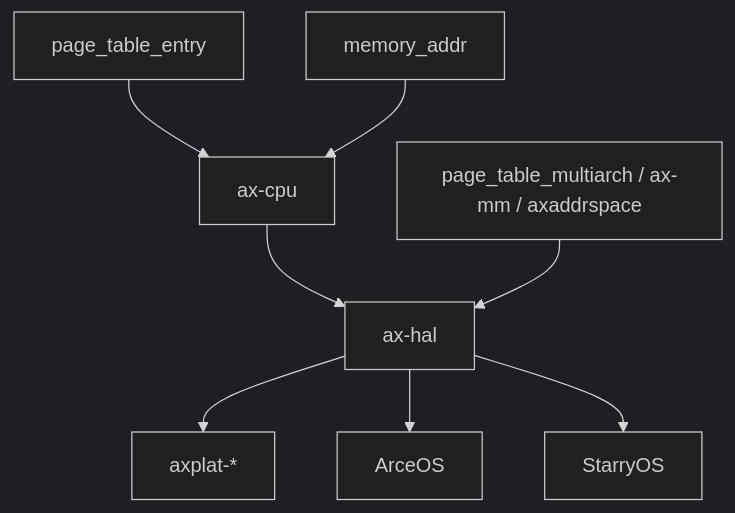
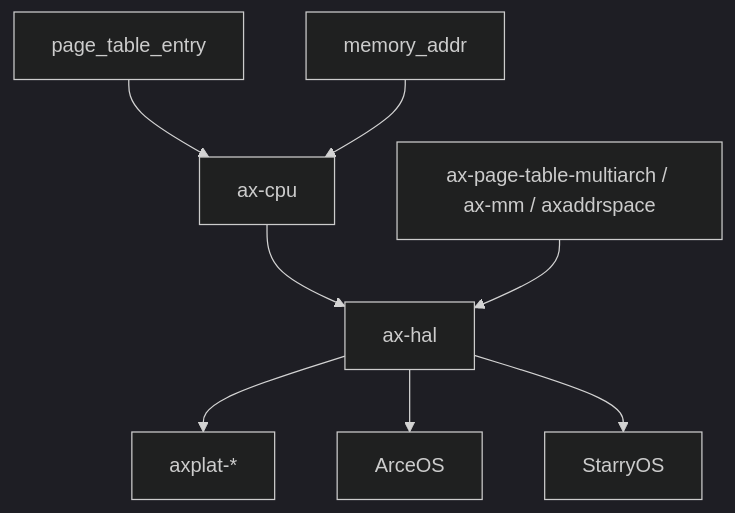
One commit to rcore-os/tgoskits changed the diagram in docs/crates/ax-cpu.md. Above: the diagram before and after it, drawn with Mermaid (dark theme). The commit also changed other lines of this file and 48 other files, not shown here.

Commit message:
rename page_table_multiarch to ax-page-table-multiarch

````diff
--- a/docs/crates/ax-cpu.md
+++ b/docs/crates/ax-cpu.md
@@ -187,10 +187,10 @@
 ```mermaid
 graph TD
     A[page_table_entry] --> B[ax-cpu]
     C[memory_addr] --> B
     B --> D[ax-hal]
     D --> E[axplat-*]
     D --> F[ArceOS]
     D --> G[StarryOS]
-    H[page_table_multiarch / ax-mm / axaddrspace] --> D
+    H[ax-page-table-multiarch / ax-mm / axaddrspace] --> D
 ```
````
